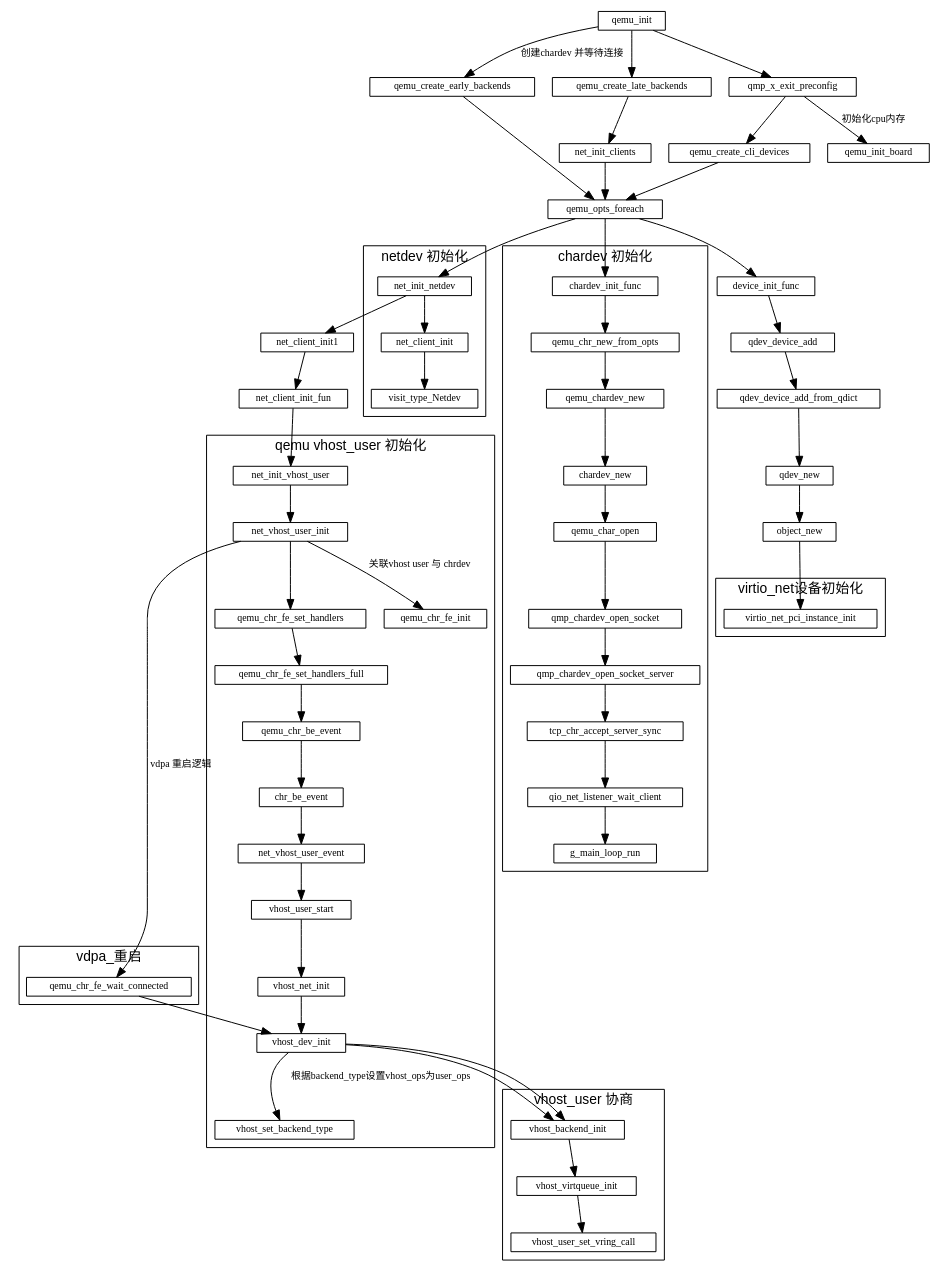
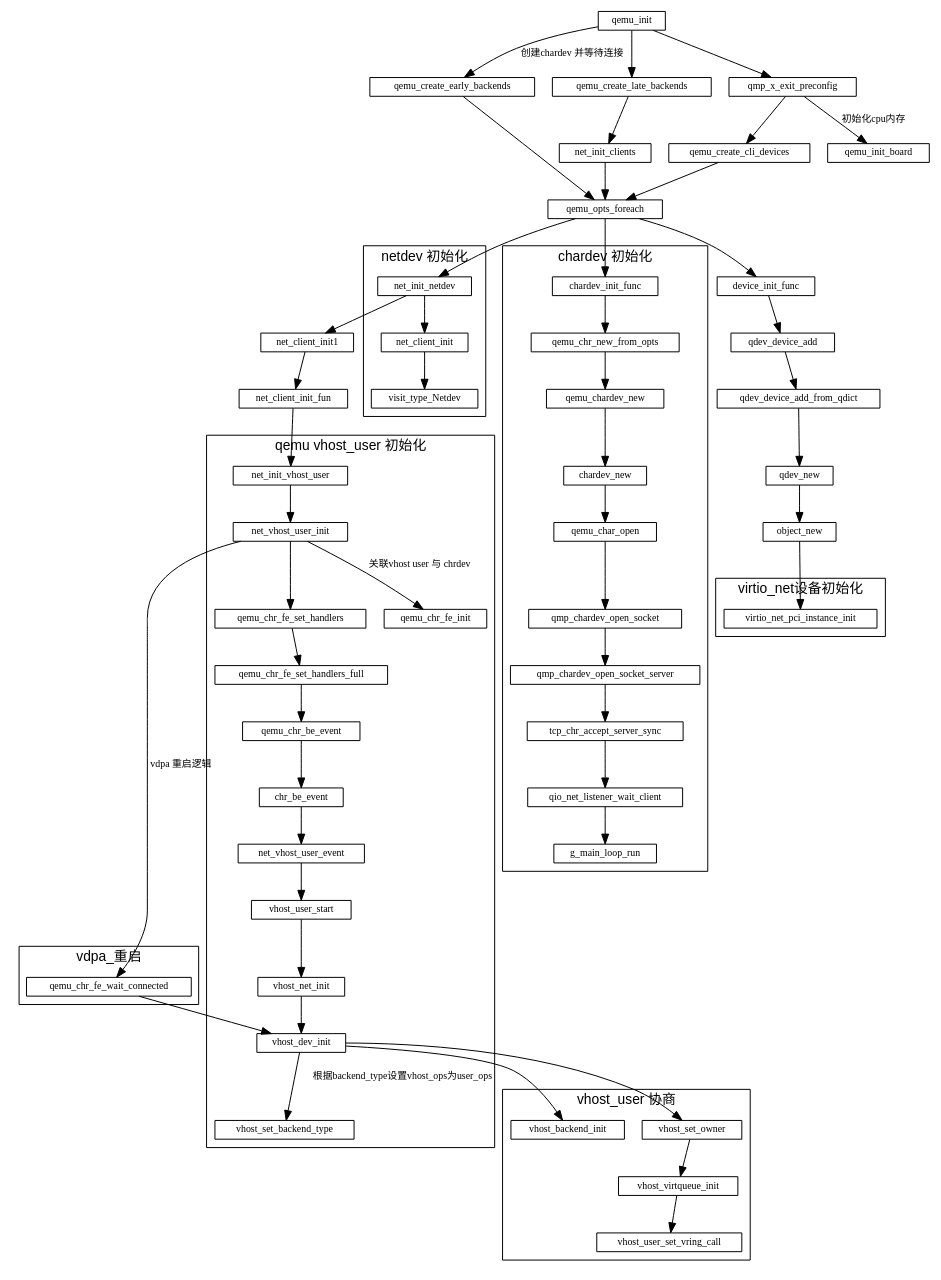
Before and after one commit to sisyphus1212/note: the diagram in qemu/qemu初始化.md, drawn with Graphviz.

Commit message:
auto_update

```diff
--- a/qemu/qemu初始化.md
+++ b/qemu/qemu初始化.md
@@ -68,7 +68,7 @@
         label="vhost_user 协商";
         cluster=true;
         vhost_dev_init -> vhost_backend_init
-        vhost_dev_init -> vhost_backend_init
+        vhost_dev_init -> vhost_set_owner
 
             -> vhost_virtqueue_init
             -> vhost_user_set_vring_call
```
